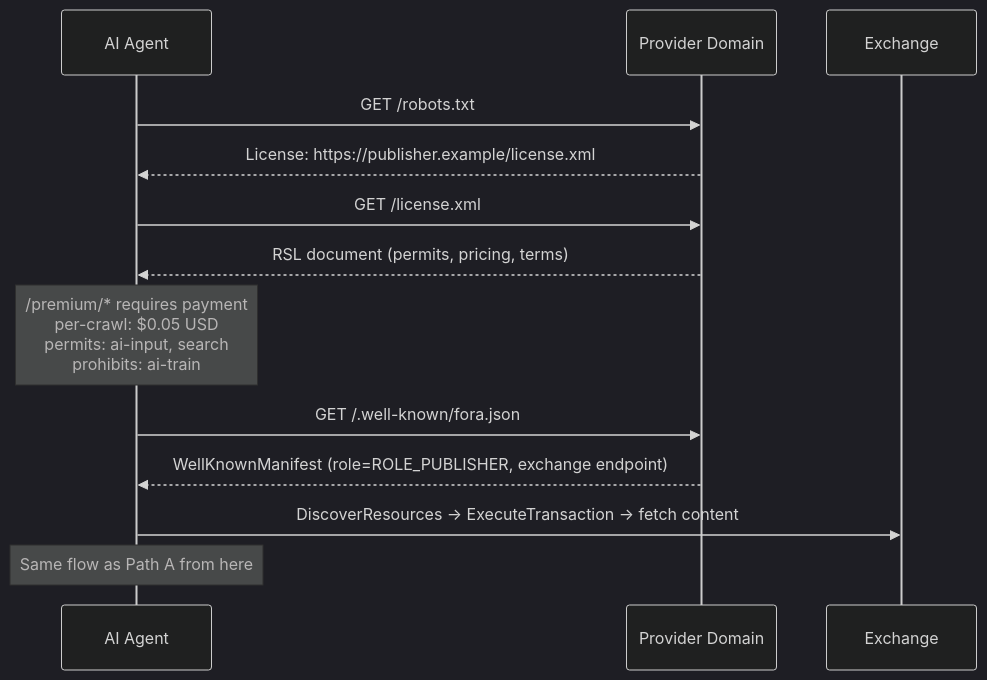
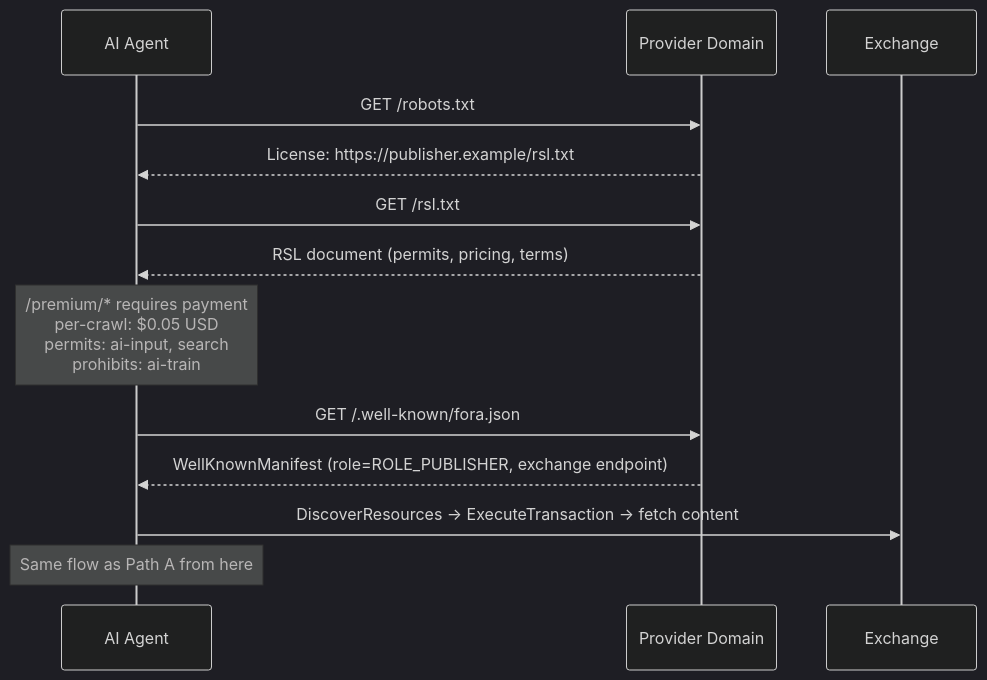
One commit to FORA-Protocol/protocol changed the fourth of 6 diagrams in website/src/content/docs/protocol/discovery-paths.mdx. Above: the diagram before and after it, drawn with Mermaid (dark theme). The commit also changed other lines of this file, not shown here.

Commit message:
Show Path D's license at /rsl.txt, the one license address the edge function passes

````diff
--- a/website/src/content/docs/protocol/discovery-paths.mdx
+++ b/website/src/content/docs/protocol/discovery-paths.mdx
@@ -208,20 +210,20 @@
 ```mermaid
 sequenceDiagram
     participant Agent as AI Agent
     participant PUB as Provider Domain
     participant MP as Exchange
 
     Agent->>PUB: GET /robots.txt
-    PUB-->>Agent: License: https://publisher.example/license.xml
-    Agent->>PUB: GET /license.xml
+    PUB-->>Agent: License: https://publisher.example/rsl.txt
+    Agent->>PUB: GET /rsl.txt
     PUB-->>Agent: RSL document (permits, pricing, terms)
 
     Note over Agent: /premium/* requires payment<br/>per-crawl: $0.05 USD<br/>permits: ai-input, search<br/>prohibits: ai-train
 
     Agent->>PUB: GET /.well-known/fora.json
     PUB-->>Agent: WellKnownManifest (role=ROLE_PUBLISHER, exchange endpoint)
 
     Agent->>MP: DiscoverResources -> ExecuteTransaction -> fetch content
 
     Note over Agent: Same flow as Path A from here
 ```
````
